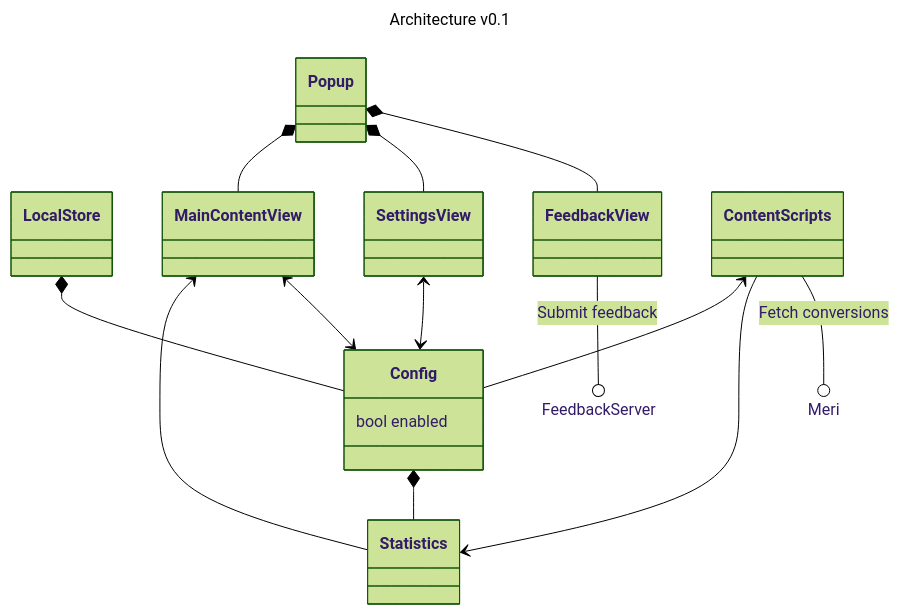
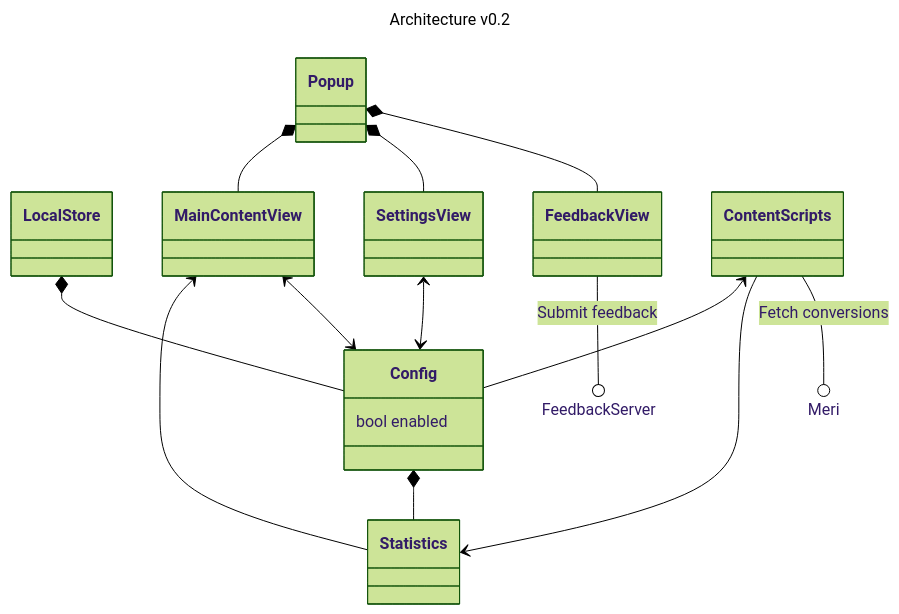
The diagram in README.md (Klikkikuri/paatti), drawn with Mermaid (forest theme) before and after one commit.

Commit message:
fix(docs): Update architecture version to v0.2 in README

````diff
--- a/README.md
+++ b/README.md
@@ -52,43 +52,43 @@
 ```mermaid
 ---
-title: Architecture v0.1
+title: Architecture v0.2
 ---
 classDiagram
     direction TB
     class LocalStore{
     }
     class Config{
         bool enabled
     }
     class Statistics{
     }
     class Popup{
     }
     class SettingsView{
     }
     class MainContentView{
     }
     class FeedbackView{
     }
     class ContentScripts{
     }
 
     LocalStore *-- Config
 
     Config *-- Statistics
 
     ContentScripts <-- Config
     ContentScripts --> Statistics
     ContentScripts --() Meri : Fetch conversions
 
     Popup *-- MainContentView
     Popup *-- SettingsView
     Popup *-- FeedbackView
 
     MainContentView <-- Statistics
     MainContentView <--> Config
 
     SettingsView <--> Config
 
     FeedbackView --() FeedbackServer : Submit feedback
 ```
````
